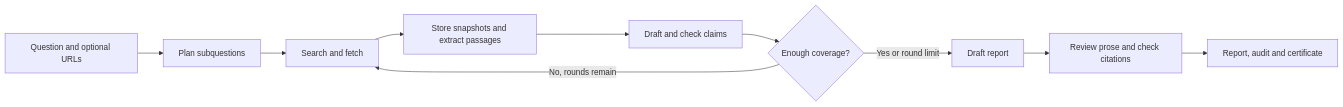
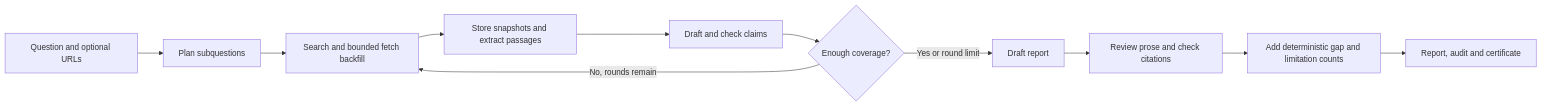
One commit to seelamramesh/deepdive changed the first of 2 diagrams in docs/FLOW-README.md. Above: the diagram before and after it, drawn with Mermaid. The commit also changed other lines of this file and 3 other files, not shown here.

````diff
--- a/docs/FLOW-README.md
+++ b/docs/FLOW-README.md
@@ -7,12 +7,13 @@
 ```mermaid
 flowchart LR
     Q[Question and optional URLs] --> P[Plan subquestions]
-    P --> S[Search and fetch]
+    P --> S[Search and bounded fetch backfill]
     S --> E[Store snapshots and extract passages]
     E --> C[Draft and check claims]
     C --> G{Enough coverage?}
     G -->|No, rounds remain| S
     G -->|Yes or round limit| D[Draft report]
     D --> V[Review prose and check citations]
-    V --> R[Report, audit and certificate]
+    V --> L[Add deterministic gap and limitation counts]
+    L --> R[Report, audit and certificate]
 ```
````
